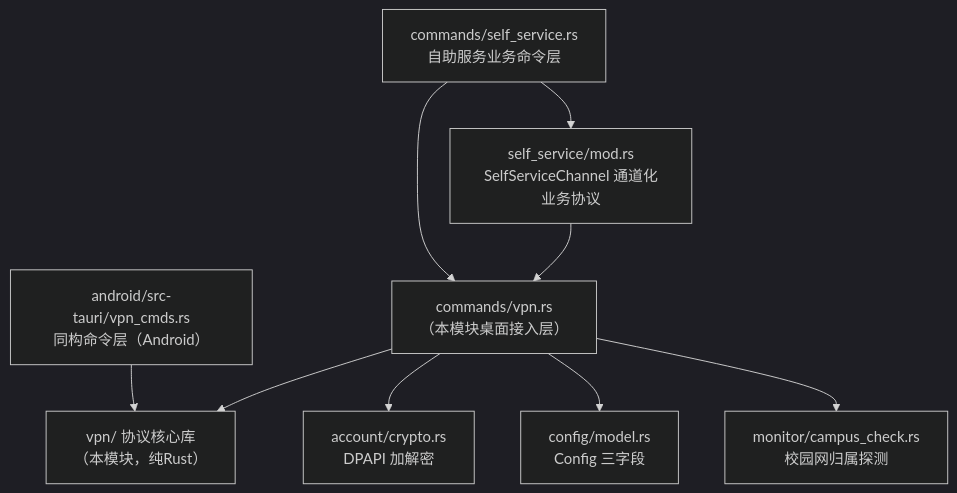
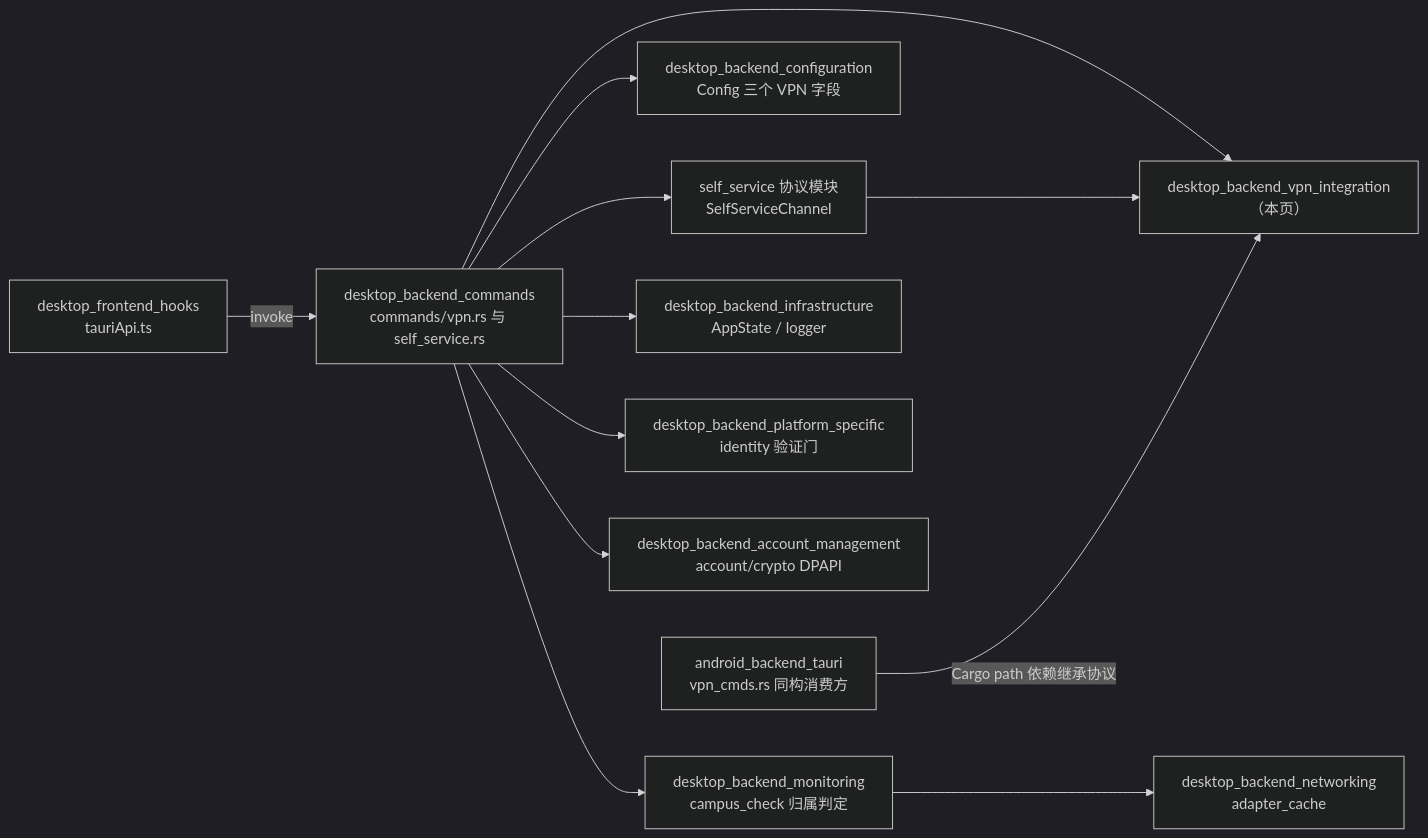
One commit to ikliml666/Wxxy-CampusLogin changed the tenth of 10 diagrams in .codewiki/modules/desktop-backend-vpn-integration.md. Above: the diagram before and after it, drawn with Mermaid (dark theme). The commit also changed other lines of this file and 15 other files, not shown here.

````diff
--- a/.codewiki/modules/desktop-backend-vpn-integration.md
+++ b/.codewiki/modules/desktop-backend-vpn-integration.md
@@ -235,21 +566,26 @@
 ```mermaid
-flowchart TB
-    SELFCMD["commands/self_service.rs<br/>自助服务业务命令层"]
-    SELFLIB["self_service/mod.rs<br/>SelfServiceChannel 通道化业务协议"]
-    ACC["account/crypto.rs<br/>DPAPI 加解密"]
-    CFG["config/model.rs<br/>Config 三字段"]
-    MON["monitor/campus_check.rs<br/>校园网归属探测"]
-    AND["android/src-tauri/vpn_cmds.rs<br/>同构命令层（Android）"]
+flowchart LR
+    VPNMOD["desktop_backend_vpn_integration<br/>（本页）"]
+    CMDS["desktop_backend_commands<br/>commands/vpn.rs 与 self_service.rs"]
+    SSX["self_service 协议模块<br/>SelfServiceChannel"]
+    CFG["desktop_backend_configuration<br/>Config 三个 VPN 字段"]
+    NET["desktop_backend_networking<br/>adapter_cache"]
+    MON["desktop_backend_monitoring<br/>campus_check 归属判定"]
+    INFRA["desktop_backend_infrastructure<br/>AppState / logger"]
+    PLAT["desktop_backend_platform_specific<br/>identity 验证门"]
+    ACC["desktop_backend_account_management<br/>account/crypto DPAPI"]
+    ANDROID["android_backend_tauri<br/>vpn_cmds.rs 同构消费方"]
+    FE["desktop_frontend_hooks<br/>tauriApi.ts"]
 
-    VPN["vpn/ 协议核心库<br/>（本模块，纯Rust）"]
-    CMD["commands/vpn.rs<br/>（本模块桌面接入层）"]
-
-    SELFCMD --> CMD
-    CMD --> VPN
-    CMD --> ACC
-    CMD --> CFG
-    CMD --> MON
-    SELFCMD --> SELFLIB
-    SELFLIB --> CMD
-    AND --> VPN
+    CMDS --> VPNMOD
+    CMDS --> SSX
+    SSX --> VPNMOD
+    CMDS --> CFG
+    CMDS --> ACC
+    CMDS --> PLAT
+    CMDS --> MON
+    MON --> NET
+    CMDS --> INFRA
+    ANDROID -- "Cargo path 依赖继承协议" --> VPNMOD
+    FE -- "invoke" --> CMDS
 ```
````
